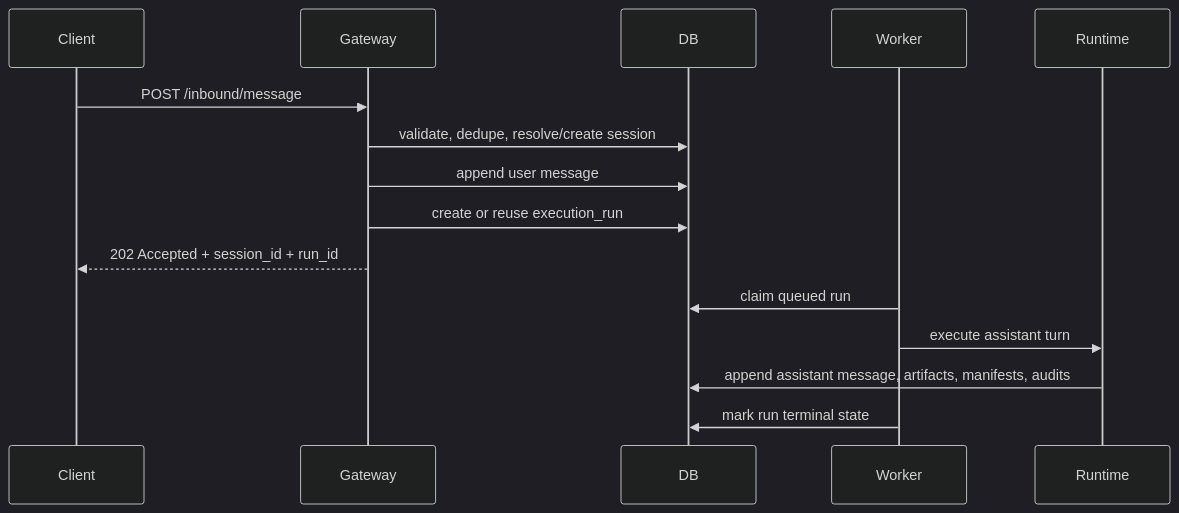
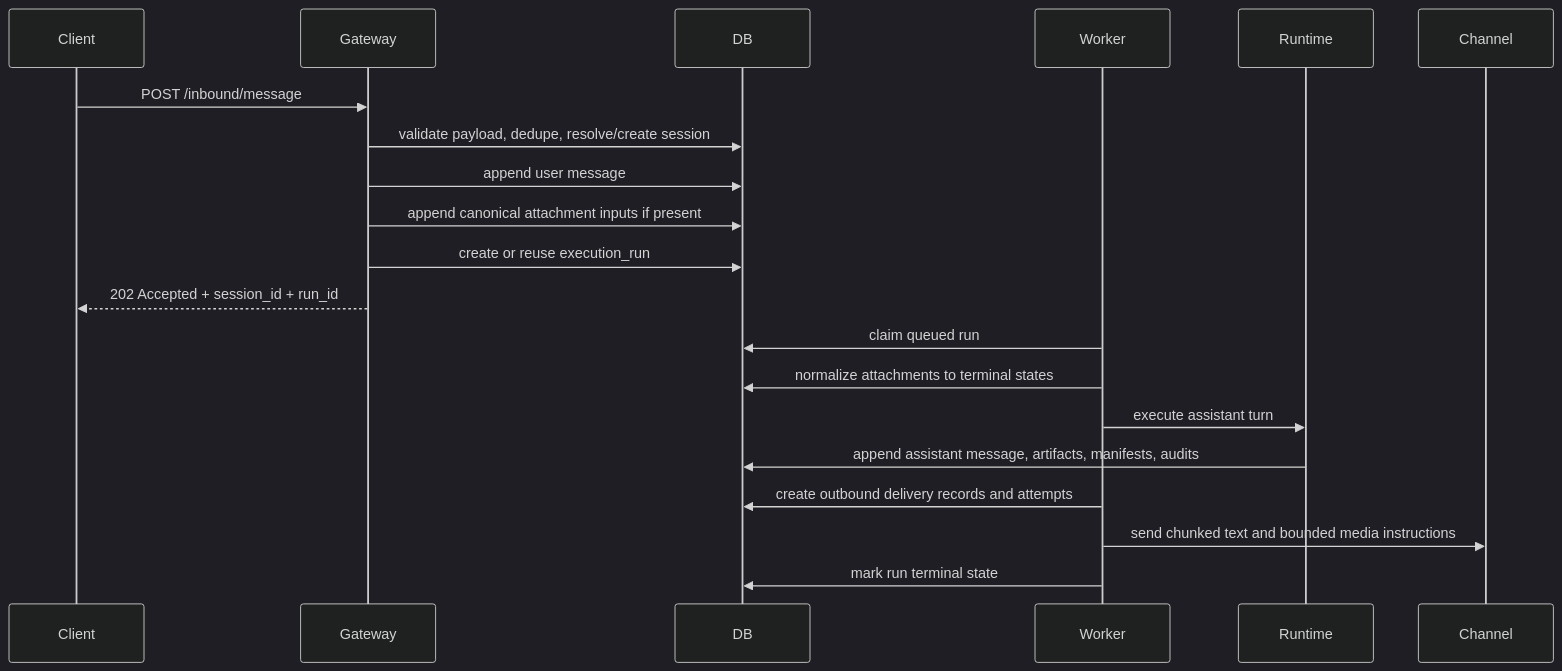
Before and after one commit to scott5252/python-claw: the second of 4 diagrams in README.md, drawn with Mermaid (dark theme). The commit also changed other lines of this file and 34 other files, not shown here.

````diff
--- a/README.md
+++ b/README.md
@@ -96,18 +107,23 @@
 ```mermaid
 sequenceDiagram
     participant Client
     participant Gateway
     participant DB
     participant Worker
     participant Runtime
+    participant Channel
 
     Client->>Gateway: POST /inbound/message
-    Gateway->>DB: validate, dedupe, resolve/create session
+    Gateway->>DB: validate payload, dedupe, resolve/create session
     Gateway->>DB: append user message
+    Gateway->>DB: append canonical attachment inputs if present
     Gateway->>DB: create or reuse execution_run
     Gateway-->>Client: 202 Accepted + session_id + run_id
     Worker->>DB: claim queued run
+    Worker->>DB: normalize attachments to terminal states
     Worker->>Runtime: execute assistant turn
     Runtime->>DB: append assistant message, artifacts, manifests, audits
+    Worker->>DB: create outbound delivery records and attempts
+    Worker->>Channel: send chunked text and bounded media instructions
     Worker->>DB: mark run terminal state
 ```
````
